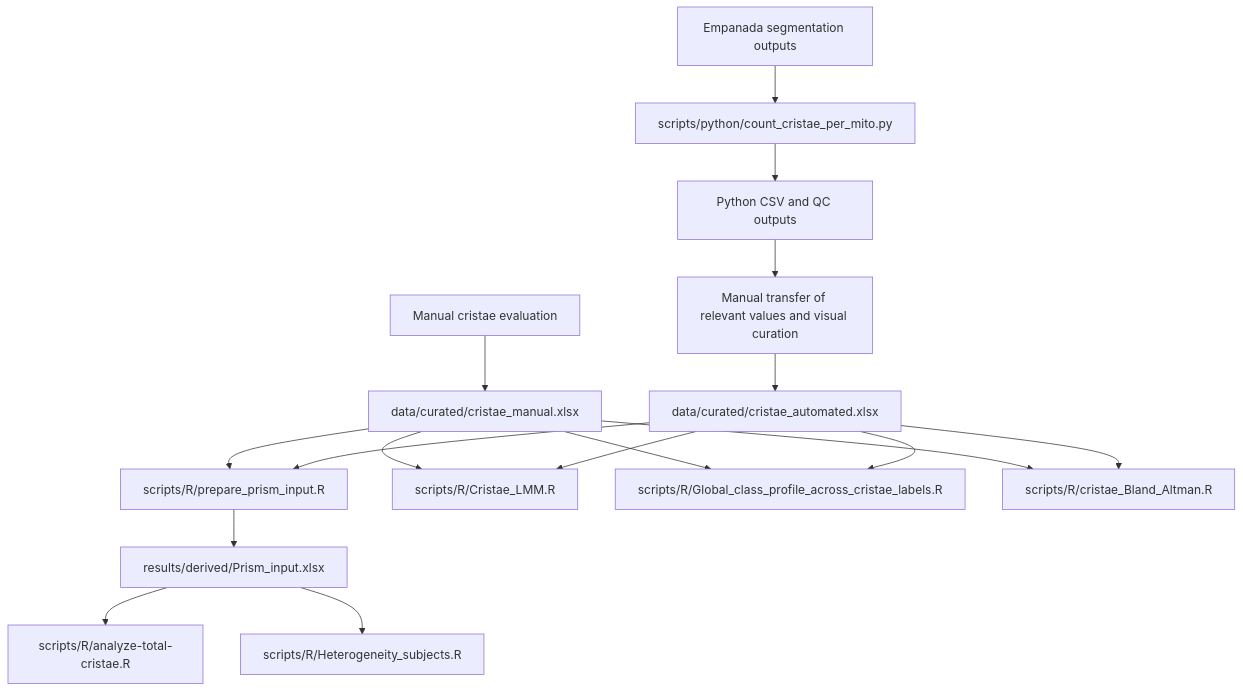
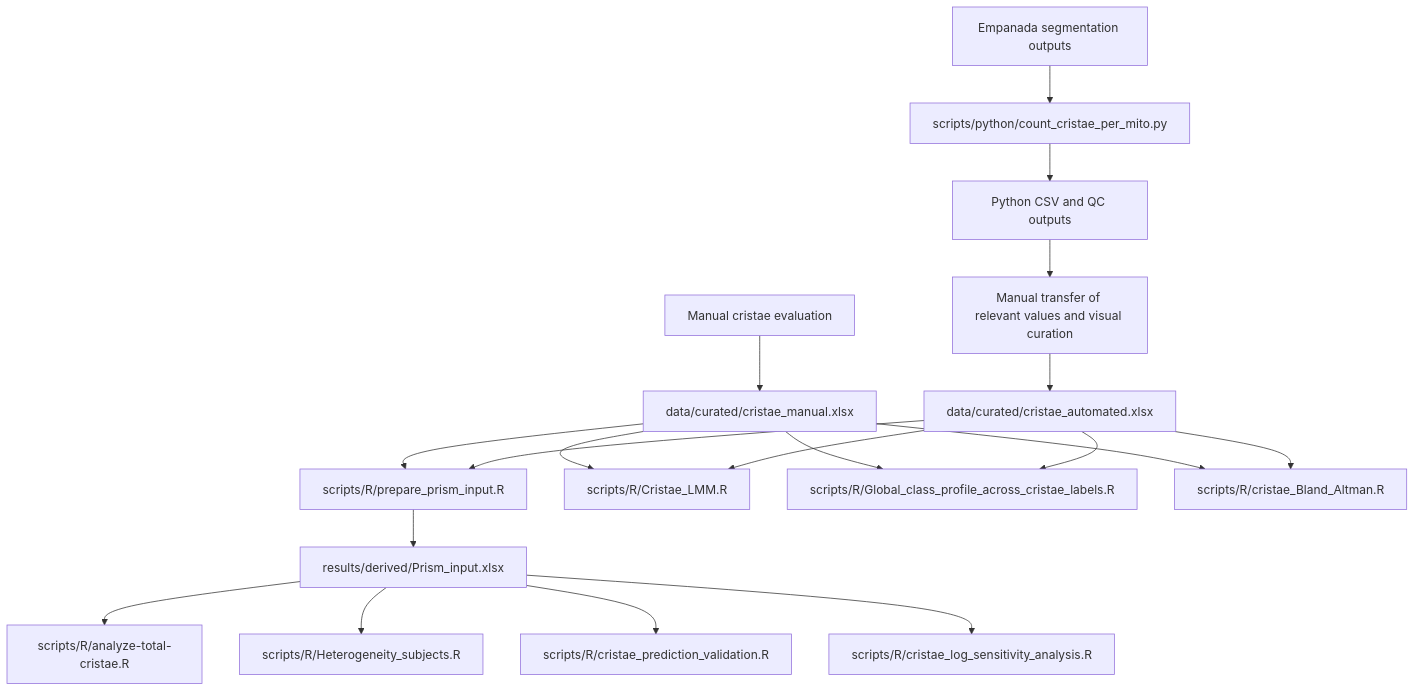
One commit to nikolvolfova-web/Mitochondrial-Ultrastructure-Analysis changed the diagram in scripts/README.md. Above: the diagram before and after it, drawn with Mermaid. The commit also changed other lines of this file, not shown here.

First line of the commit message:
Document predictive analysis scripts and sensitivity workflow

````diff
--- a/scripts/README.md
+++ b/scripts/README.md
@@ -50,25 +53,26 @@
 ```mermaid
 flowchart TD
     M1["Manual cristae evaluation"] --> M2["data/curated/cristae_manual.xlsx"]
-
     E1["Empanada segmentation outputs"] --> P["scripts/python/count_cristae_per_mito.py"]
     P --> C["Python CSV and QC outputs"]
     C --> T["Manual transfer of relevant values and visual curation"]
     T --> A["data/curated/cristae_automated.xlsx"]
 
     M2 --> PI["scripts/R/prepare_prism_input.R"]
     A --> PI
     PI --> PR["results/derived/Prism_input.xlsx"]
 
     PR --> TC["scripts/R/analyze-total-cristae.R"]
     PR --> H["scripts/R/Heterogeneity_subjects.R"]
+    PR --> PV["scripts/R/cristae_prediction_validation.R"]
+    PR --> LS["scripts/R/cristae_log_sensitivity_analysis.R"]
 
     M2 --> L["scripts/R/Cristae_LMM.R"]
     A --> L
 
     M2 --> G["scripts/R/Global_class_profile_across_cristae_labels.R"]
     A --> G
 
     M2 --> BA["scripts/R/cristae_Bland_Altman.R"]
     A --> BA
 ```
````
